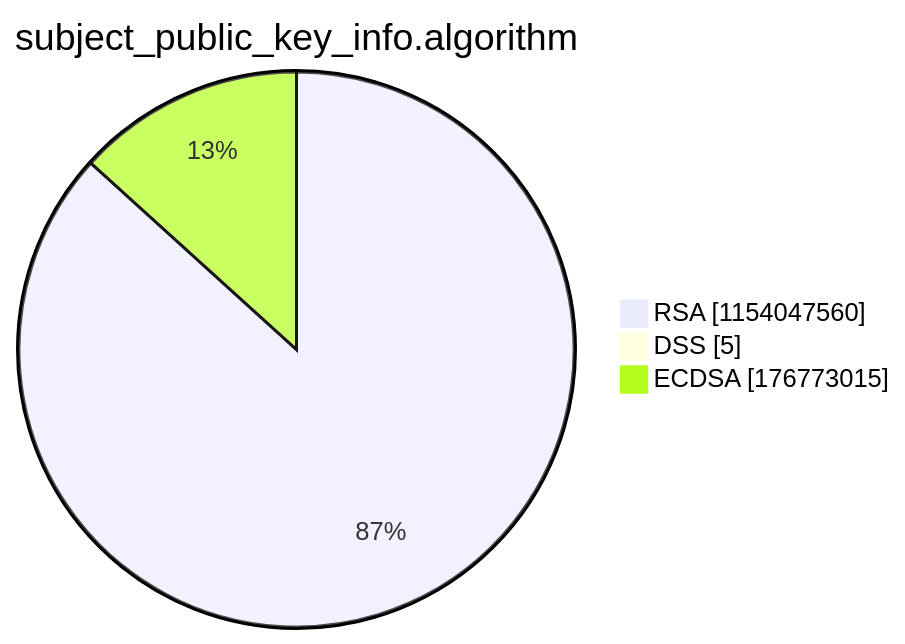
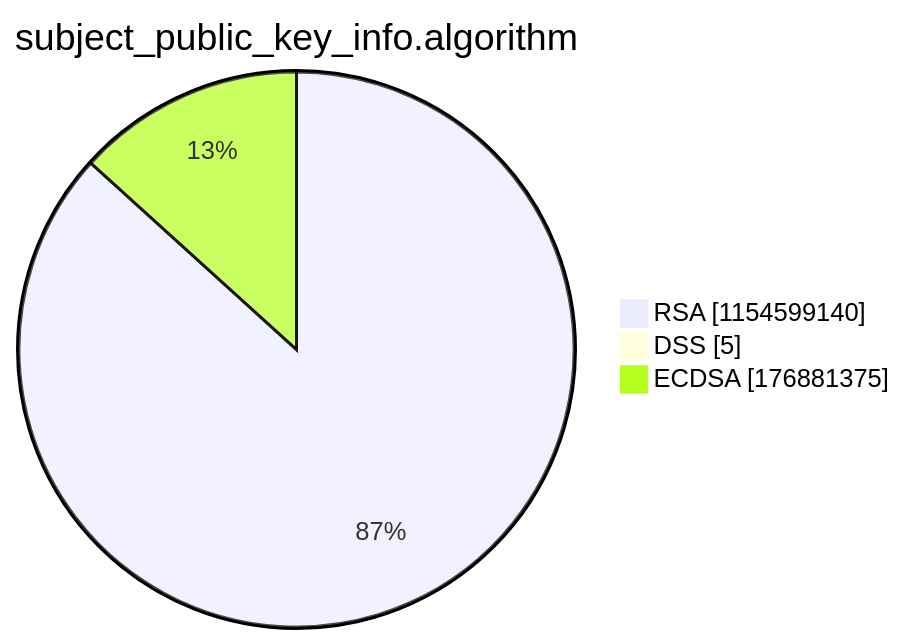
Before and after one commit to christiankrug/ctmonitor_visualization: the third of 15 diagrams in argon2022/README.md, drawn with Mermaid. The commit also changed other lines of this file, not shown here.

````diff
--- a/argon2022/README.md
+++ b/argon2022/README.md
@@ -14,7 +14,7 @@
 ```mermaid
 pie showData
 title subject_public_key_info.algorithm
-"RSA" :1154047560
+"RSA" :1154599140
 "DSS" :5
-"ECDSA" :176773015
+"ECDSA" :176881375
 ```
````
